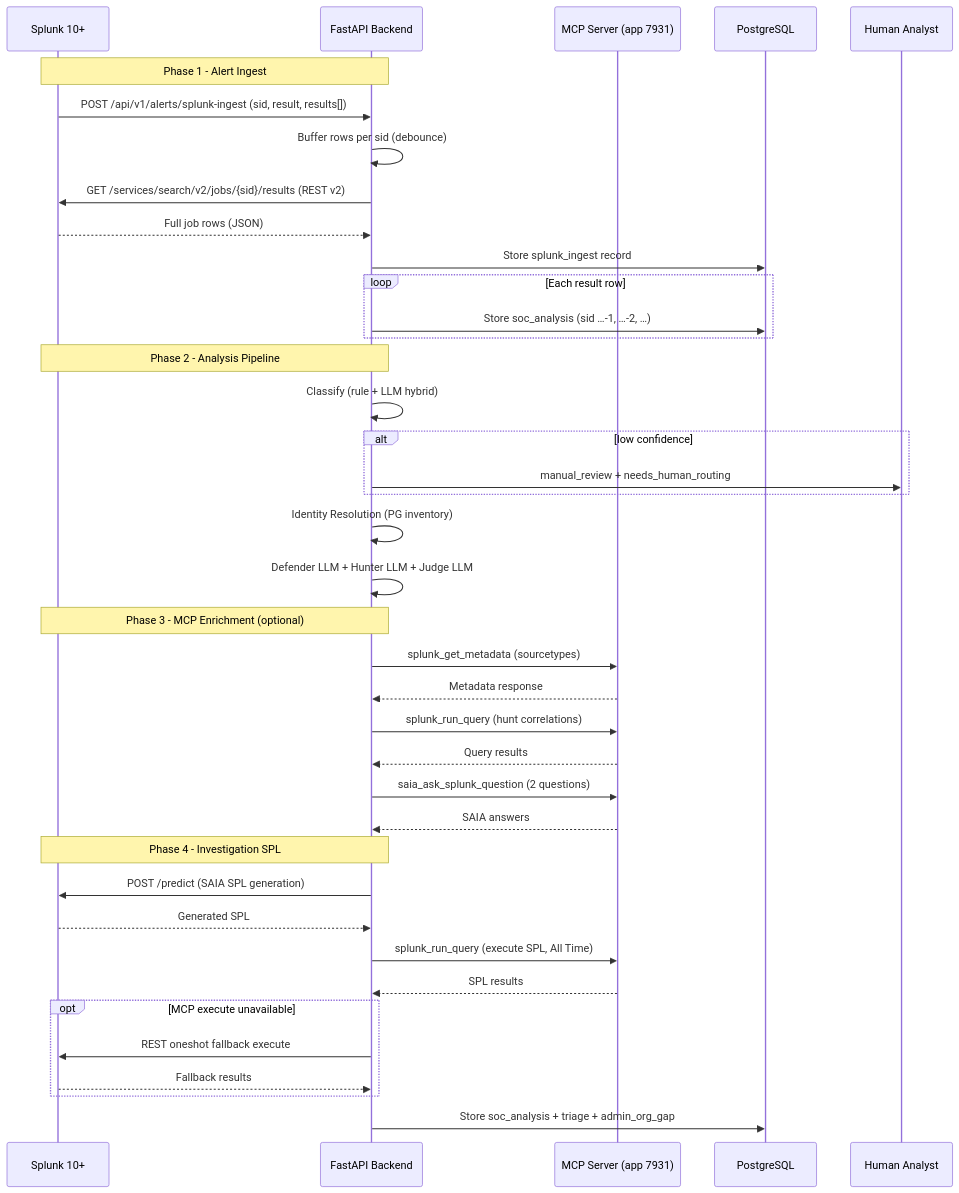
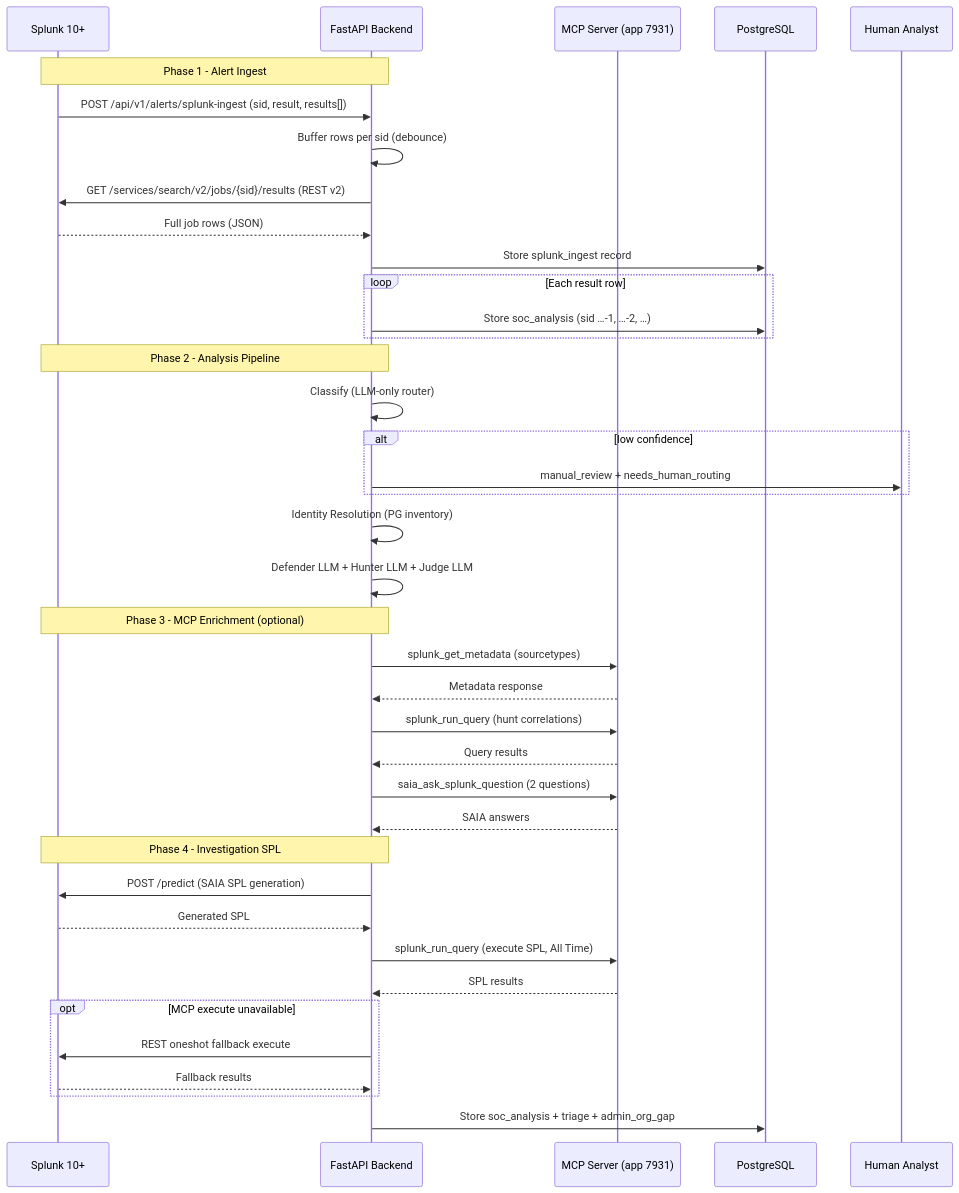
Before and after one commit to Sepideh-Asadollahi/ThinkingSOC-splunk-hackathon: the sixth of 8 diagrams in docs/architecture-views.md, drawn with Mermaid. The commit also changed other lines of this file and 3 other files, not shown here.

````diff
--- a/docs/architecture-views.md
+++ b/docs/architecture-views.md
@@ -360,45 +362,45 @@
 ```mermaid
 sequenceDiagram
   participant Splunk as Splunk 10+
   participant Backend as FastAPI Backend
   participant MCP as MCP Server (app 7931)
   participant PG as PostgreSQL
   participant Analyst as Human Analyst
 
   Note over Splunk,Backend: Phase 1 - Alert Ingest
   Splunk->>Backend: POST /api/v1/alerts/splunk-ingest (sid, result, results[])
   Backend->>Backend: Buffer rows per sid (debounce)
   Backend->>Splunk: GET /services/search/v2/jobs/{sid}/results (REST v2)
   Splunk-->>Backend: Full job rows (JSON)
   Backend->>PG: Store splunk_ingest record
   loop Each result row
     Backend->>PG: Store soc_analysis (sid …-1, …-2, …)
   end
 
   Note over Splunk,Backend: Phase 2 - Analysis Pipeline
-  Backend->>Backend: Classify (rule + LLM hybrid)
+  Backend->>Backend: Classify (LLM-only router)
   alt low confidence
     Backend->>Analyst: manual_review + needs_human_routing
   end
   Backend->>Backend: Identity Resolution (PG inventory)
   Backend->>Backend: Defender LLM + Hunter LLM + Judge LLM
 
   Note over Splunk,Backend: Phase 3 - MCP Enrichment (optional)
   Backend->>MCP: splunk_get_metadata (sourcetypes)
   MCP-->>Backend: Metadata response
   Backend->>MCP: splunk_run_query (hunt correlations)
   MCP-->>Backend: Query results
   Backend->>MCP: saia_ask_splunk_question (2 questions)
   MCP-->>Backend: SAIA answers
 
   Note over Splunk,Backend: Phase 4 - Investigation SPL
   Backend->>Splunk: POST /predict (SAIA SPL generation)
   Splunk-->>Backend: Generated SPL
   Backend->>MCP: splunk_run_query (execute SPL, All Time)
   MCP-->>Backend: SPL results
   opt MCP execute unavailable
     Backend->>Splunk: REST oneshot fallback execute
     Splunk-->>Backend: Fallback results
   end
   Backend->>PG: Store soc_analysis + triage + admin_org_gap
 ```
````
